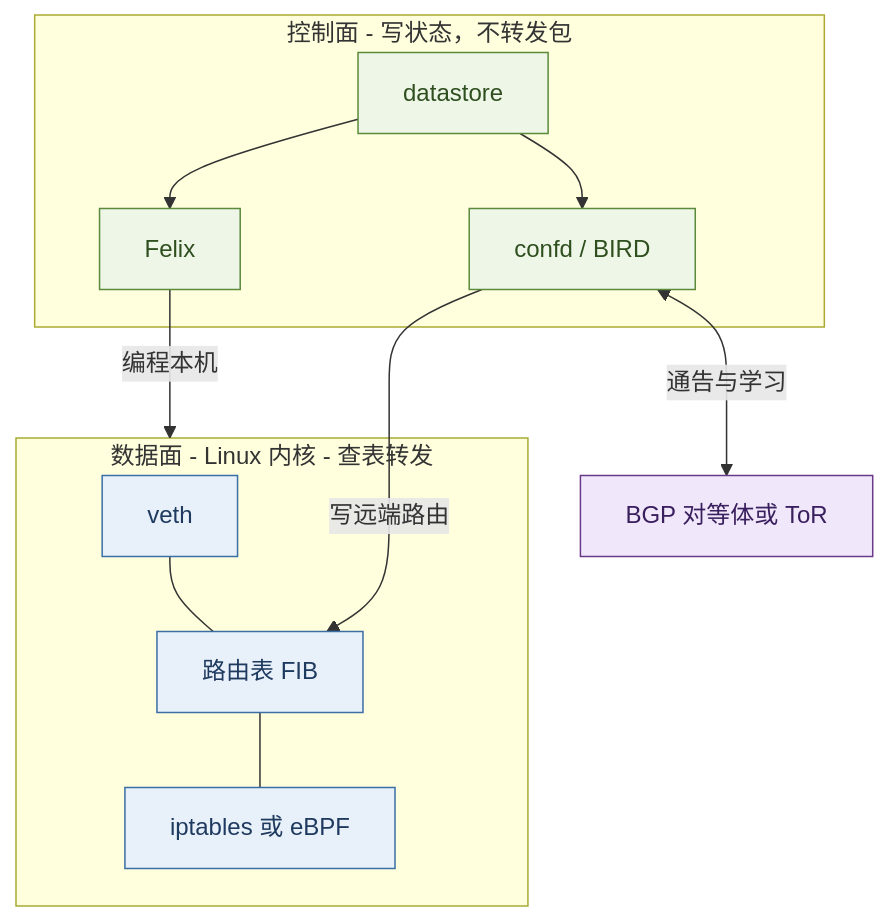
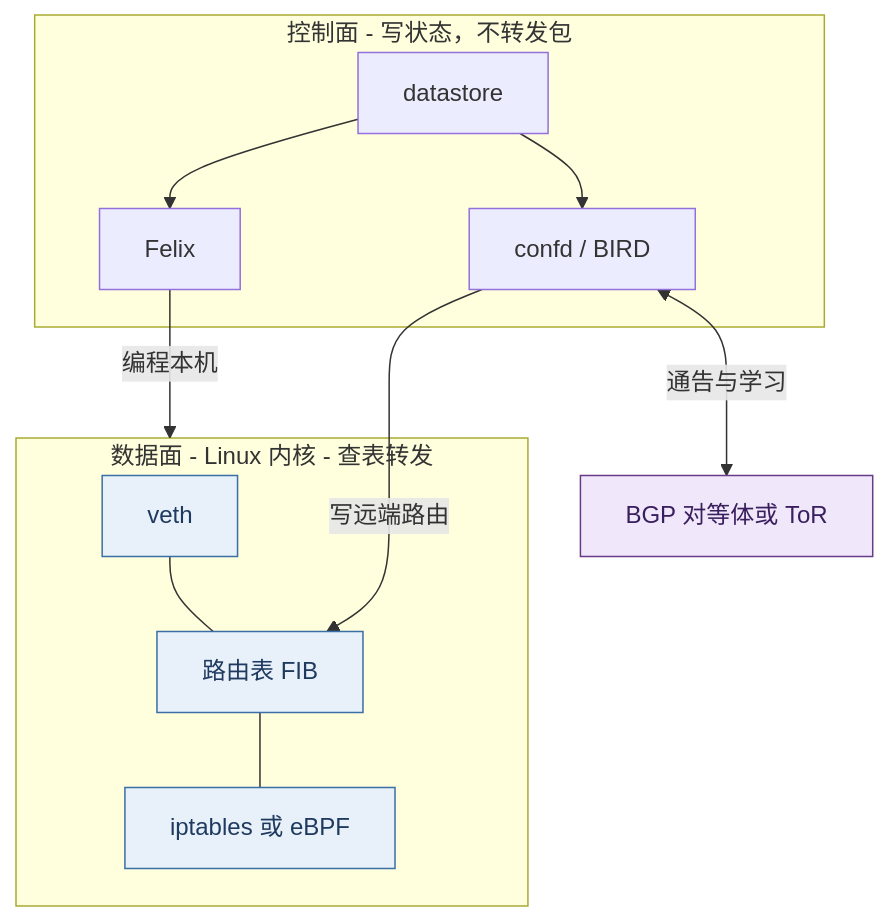
The first of 8 diagrams in 20-architecture/24-calico-l3-dataplane-treatise.md (xiaxinyu/knowledge_base), drawn with Mermaid before and after one commit. The commit also changed 9 other files, not shown here.

````diff
--- a/20-architecture/24-calico-l3-dataplane-treatise.md
+++ b/20-architecture/24-calico-l3-dataplane-treatise.md
@@ -33,27 +33,27 @@
 ```mermaid
+%% Calico 控制面与数据面分离：Felix/BIRD/confd 写入内核，数据面包转发由内核完成
 flowchart TB
-  classDef cp fill:#eef6e8,stroke:#5a8a3a,color:#2f4f1f
   classDef dp fill:#e8f1fa,stroke:#3b6ea5,color:#1f3a5f
   classDef peer fill:#f0e8fa,stroke:#6a3a8a,color:#3a1f5f
 
   subgraph CP["控制面 - 写状态，不转发包"]
     DS["datastore"]:::cp
     Felix["Felix"]:::cp
     BIRD["confd / BIRD"]:::cp
     DS --> Felix
     DS --> BIRD
   end
 
   subgraph DP["数据面 - Linux 内核 - 查表转发"]
     V["veth"]:::dp
     F["路由表 FIB"]:::dp
     A["iptables 或 eBPF"]:::dp
     V --- F
     F --- A
   end
 
   Felix -->|"编程本机"| DP
   BIRD -->|"写远端路由"| F
   Peer["BGP 对等体或 ToR"]:::peer
   BIRD <-->|"通告与学习"| Peer
 ```
````
